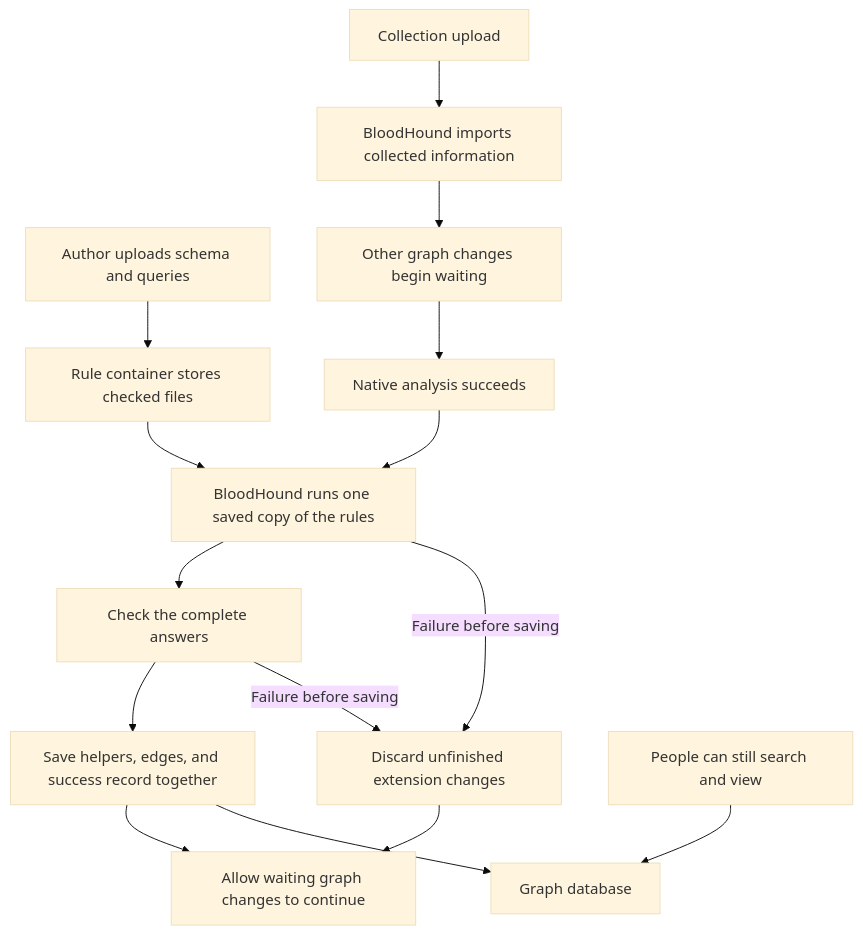
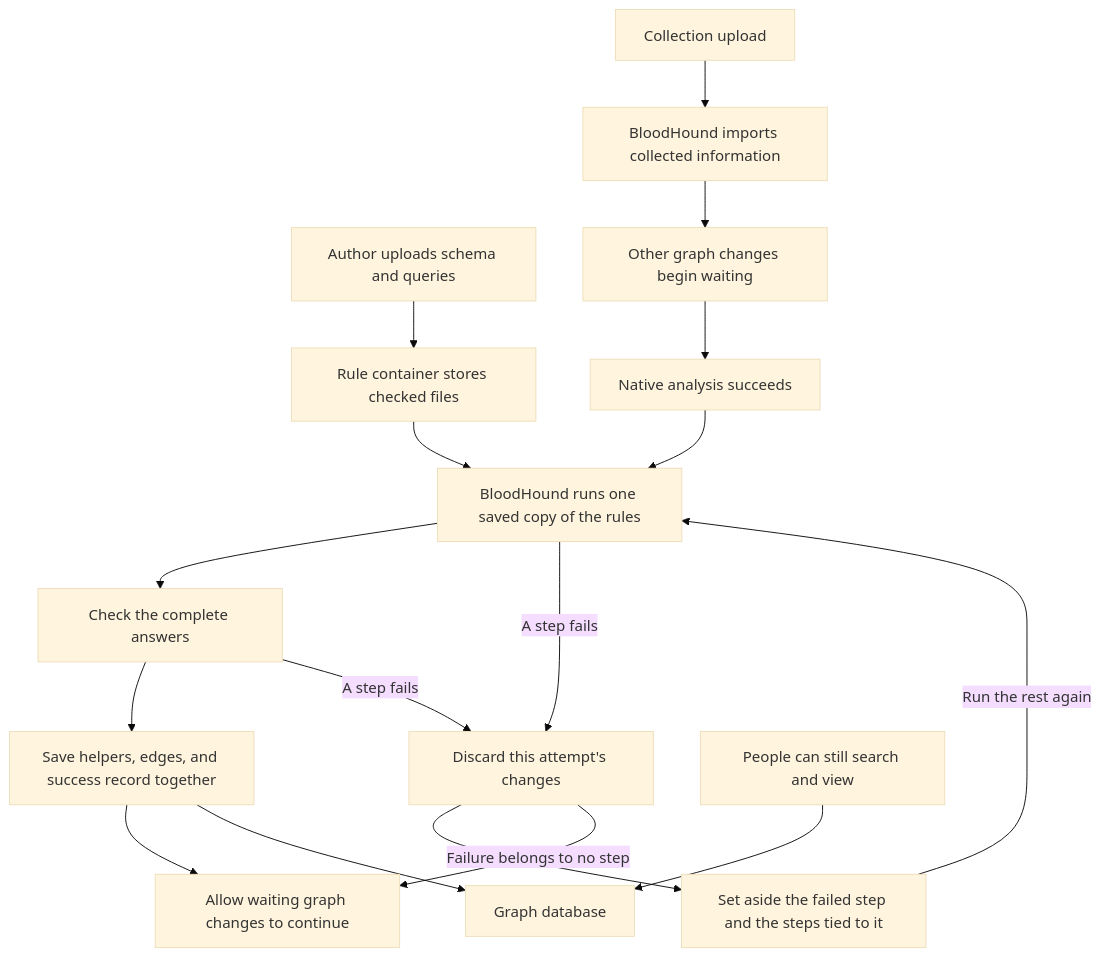
Before and after one commit to Mayyhem/BloodHound: the diagram in tools/esc1-poc/DESIGN.md, drawn with Mermaid (base theme). The commit also changed other lines of this file and 43 other files, not shown here.

Commit message:
Let unrelated analysis steps finish when one fails, and stop replacing unchanged connections

````diff
--- a/tools/esc1-poc/DESIGN.md
+++ b/tools/esc1-poc/DESIGN.md
@@ -69,17 +70,19 @@
 ```mermaid
 flowchart TD
     Author[Author uploads schema and queries] --> Registry[Rule container stores checked files]
     Collection[Collection upload] --> Import[BloodHound imports collected information]
     Import --> Turn[Other graph changes begin waiting]
     Turn --> Native[Native analysis succeeds]
     Registry --> Rules[BloodHound runs one saved copy of the rules]
     Native --> Rules
     Rules --> Check[Check the complete answers]
     Check --> Save[Save helpers, edges, and success record together]
     Save --> Release[Allow waiting graph changes to continue]
-    Rules -->|Failure before saving| Preserve[Discard unfinished extension changes]
-    Check -->|Failure before saving| Preserve
-    Preserve --> Release
+    Rules -->|A step fails| Preserve[Discard this attempt's changes]
+    Check -->|A step fails| Preserve
+    Preserve --> SetAside[Set aside the failed step and the steps tied to it]
+    SetAside -->|Run the rest again| Rules
+    Preserve -->|Failure belongs to no step| Release
     Readers[People can still search and view] --> Database[Graph database]
     Save --> Database
 ```
````
